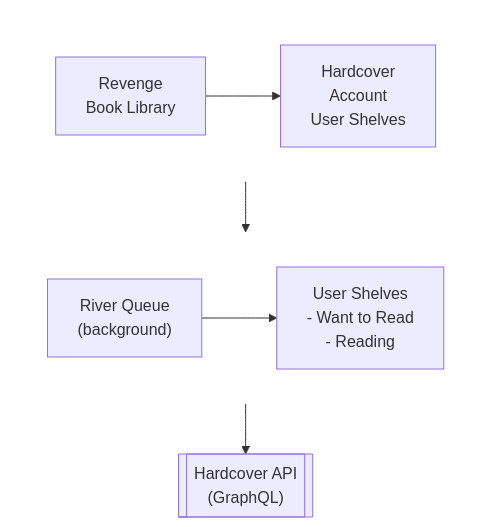
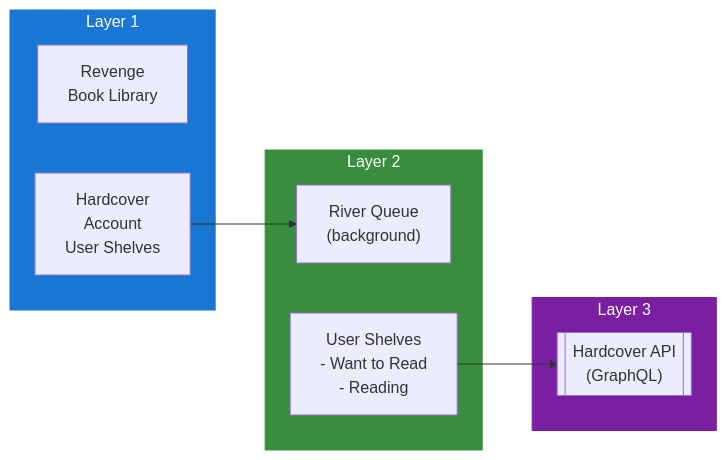
The diagram in docs/dev/design/integrations/metadata/books/HARDCOVER.md (lusoris/revenge), drawn with Mermaid before and after one commit. The commit also changed 215 other files, not shown here.

First line of the commit message:
feat(diagrams): convert all ASCII diagrams to Mermaid with LR subgraphs

````diff
--- a/docs/dev/design/integrations/metadata/books/HARDCOVER.md
+++ b/docs/dev/design/integrations/metadata/books/HARDCOVER.md
@@ -57,22 +57,25 @@
 ```mermaid
-flowchart TD
-    subgraph row1[ ]
-        direction LR
+flowchart LR
+    subgraph Layer1["Layer 1"]
         node1["Revenge<br/>Book Library"]
         node2["Hardcover<br/>Account<br/>User Shelves"]
     end
-    subgraph row2[ ]
-        direction LR
+
+    subgraph Layer2["Layer 2"]
         node3["River Queue<br/>(background)"]
         node4["User Shelves<br/>- Want to Read<br/>- Reading"]
     end
-    node5[["Hardcover API<br/>(GraphQL)"]]
-    node1 --> node2
-    node3 --> node4
+
+    subgraph Layer3["Layer 3"]
+        node5[["Hardcover API<br/>(GraphQL)"]]
+    end
+
+    %% Connections
     node2 --> node3
     node4 --> node5
 
-    %% Hide row subgraph borders
-    style row1 fill:transparent,stroke:transparent
-    style row2 fill:transparent,stroke:transparent
+    %% Styling
+    style Layer1 fill:#1976D2,stroke:#1976D2,color:#fff
+    style Layer2 fill:#388E3C,stroke:#388E3C,color:#fff
+    style Layer3 fill:#7B1FA2,stroke:#7B1FA2,color:#fff
 ```
````
